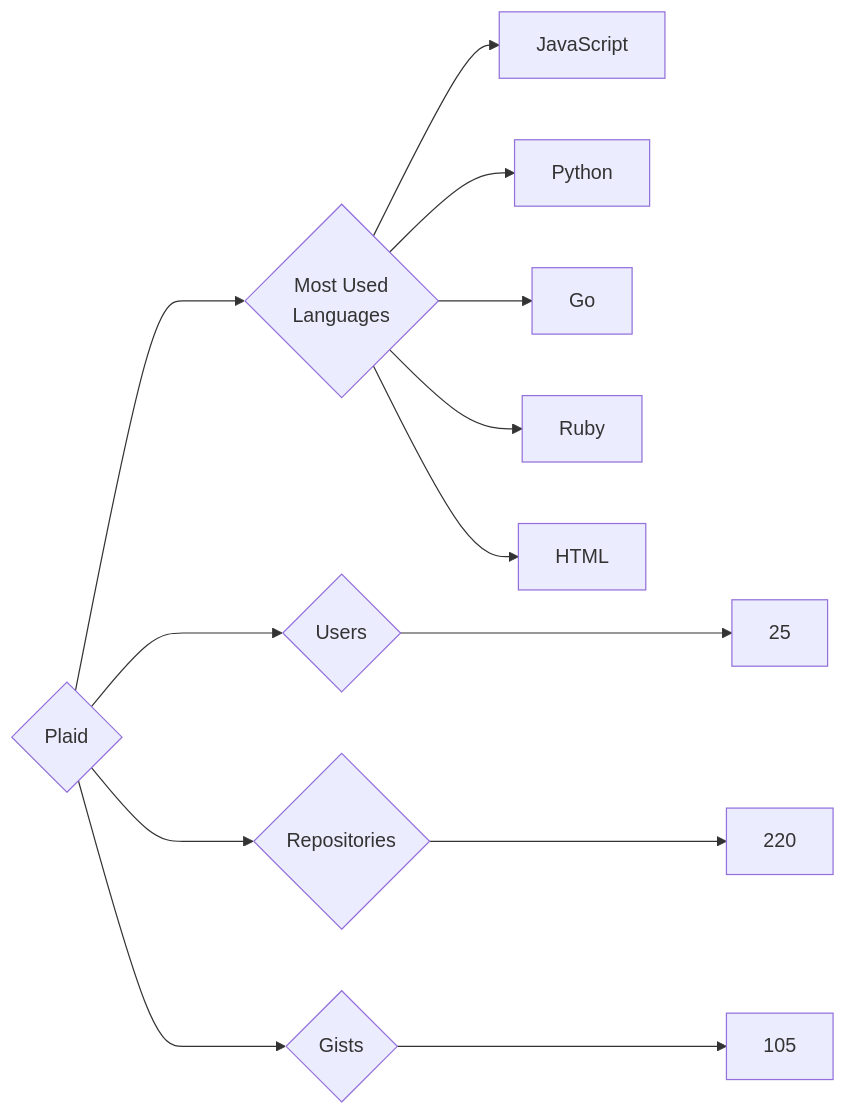
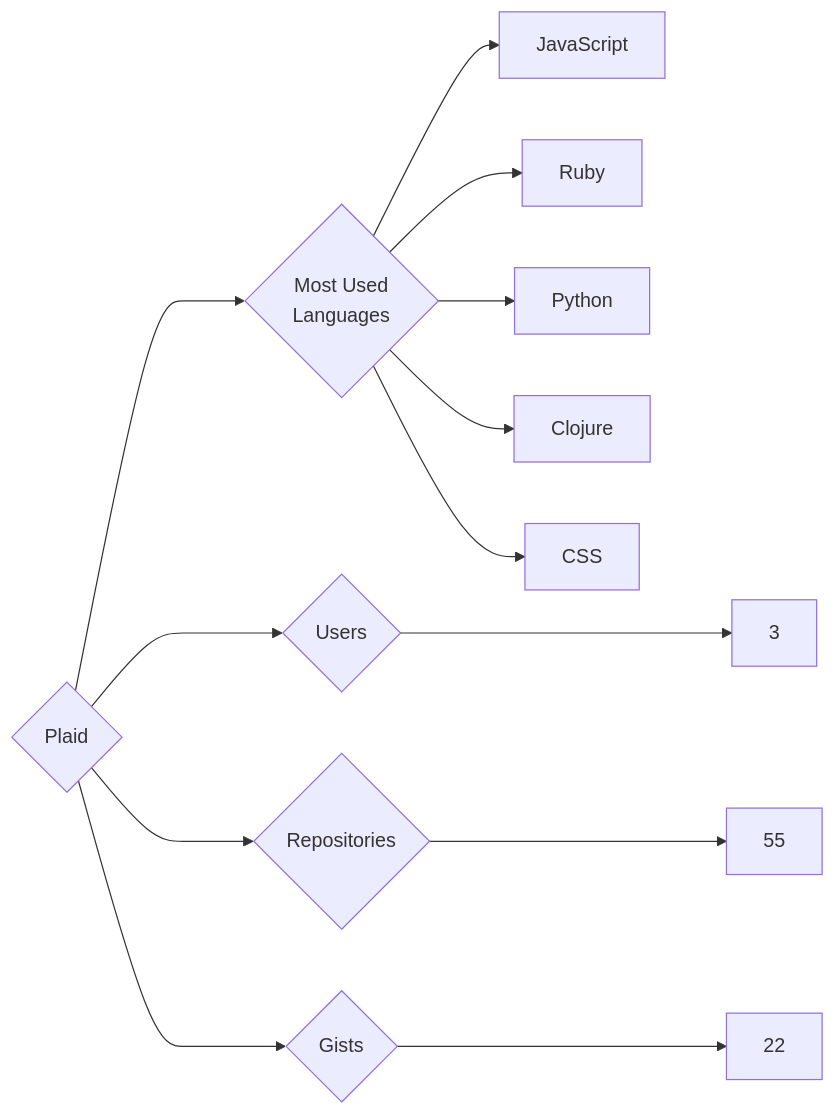
Before and after one commit to trickest/insiders: the diagram in targets/Plaid/README.md, drawn with Mermaid. The commit also changed 851 other files, not shown here.

````diff
--- a/targets/Plaid/README.md
+++ b/targets/Plaid/README.md
@@ -3,13 +3,13 @@
 ```mermaid
 graph LR
 COMPANY_NAME{Plaid}
-COMPANY_NAME ---> U{Users} ---> UN[25]
-COMPANY_NAME ---> R{Repositories} ---> RN[220]
-COMPANY_NAME ---> G{Gists} ---> GN[105]
+COMPANY_NAME ---> U{Users} ---> UN[3]
+COMPANY_NAME ---> R{Repositories} ---> RN[55]
+COMPANY_NAME ---> G{Gists} ---> GN[22]
 COMPANY_NAME ---> ML{Most Used<br>Languages}
 ML --> JavaScript[JavaScript]
+ML --> Ruby[Ruby]
 ML --> Python[Python]
-ML --> Go[Go]
-ML --> Ruby[Ruby]
-ML --> HTML[HTML]
+ML --> Clojure[Clojure]
+ML --> CSS[CSS]
 ```
````
